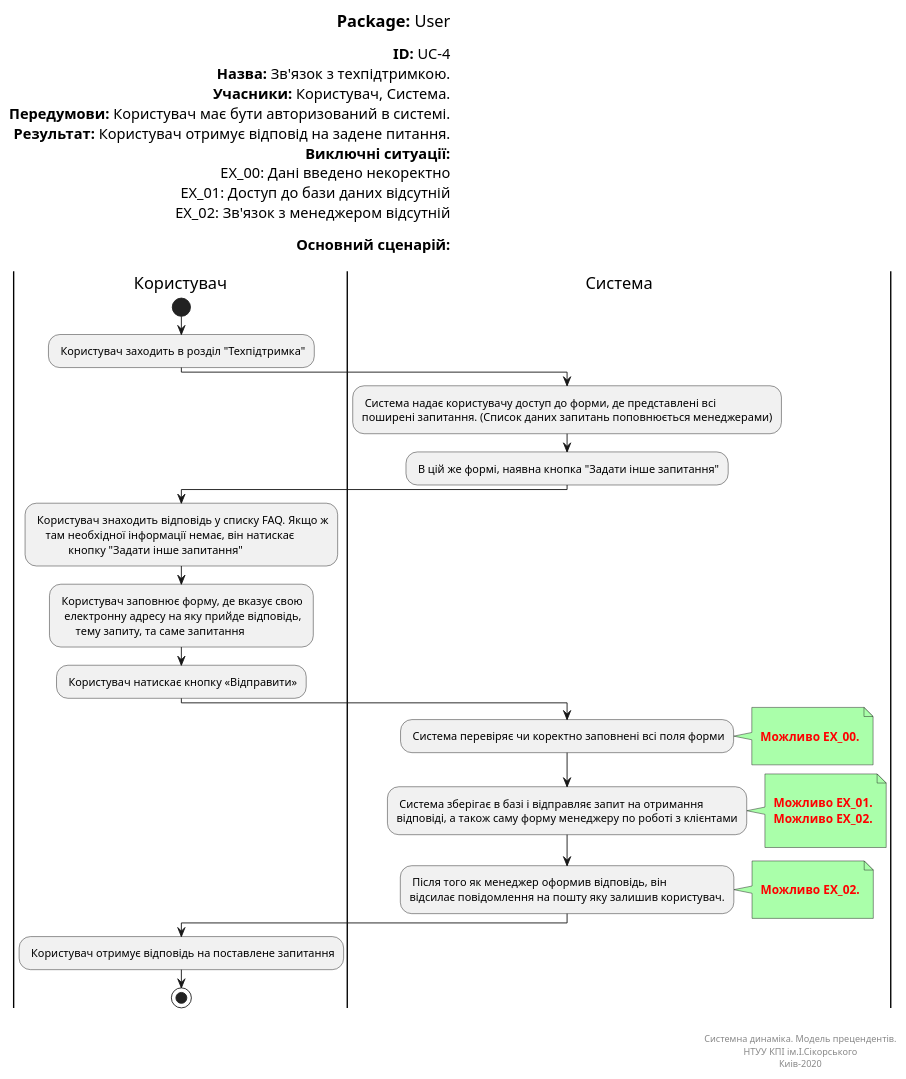
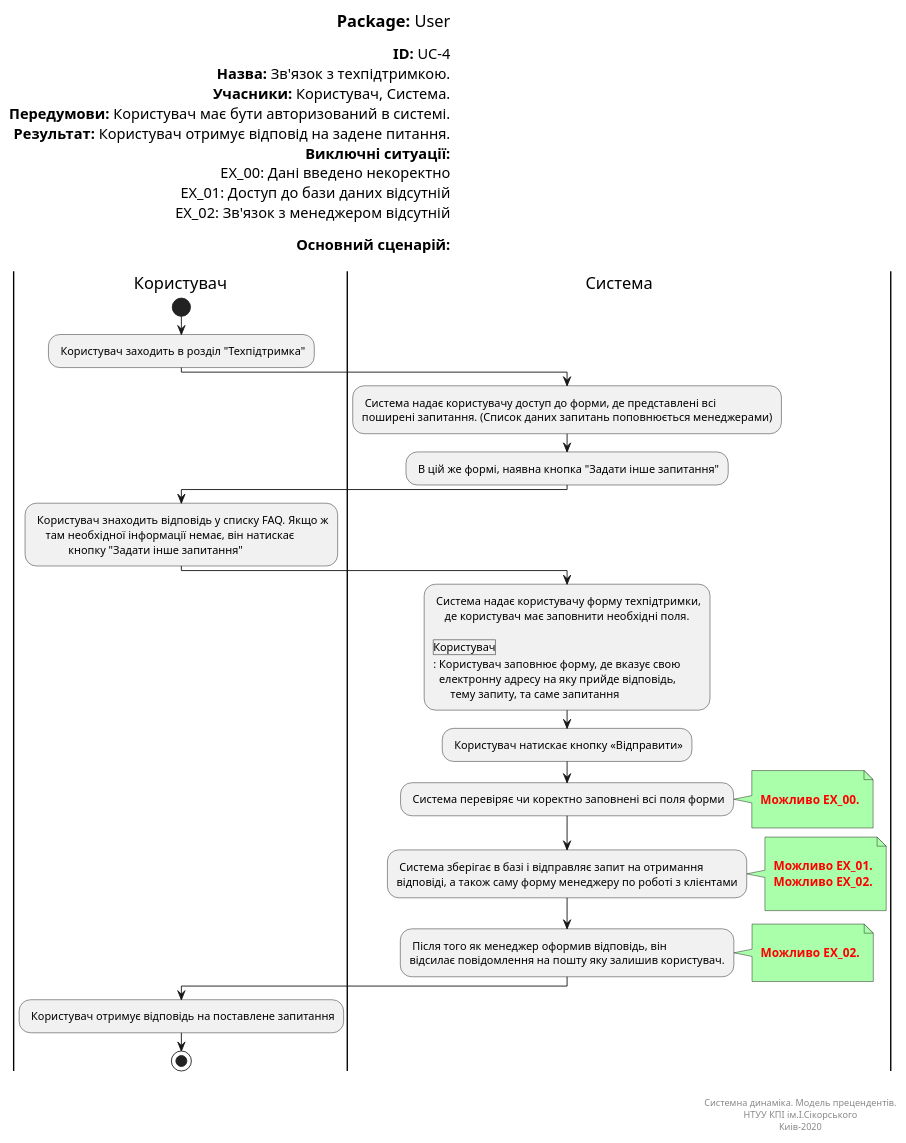
The diagram in Doc/UMLDiagrams/scenarios/user/Diagrams/UML/UC4.pu (ip-85/System-Dynamics), drawn with PlantUML before and after one commit.

```diff
--- a/Doc/UMLDiagrams/scenarios/user/Diagrams/UML/UC4.pu
+++ b/Doc/UMLDiagrams/scenarios/user/Diagrams/UML/UC4.pu
@@ -1,81 +1,86 @@
 @startuml userTechSupport
 left header
 <font color=000 size=18><b>Package:</b> User
 
 <font color=000 size=16><b>ID:</b> UC-4
 <font color=000 size=16><b>Назва:</b> Зв'язок з техпідтримкою.
 <font color=000 size=16><b>Учасники:</b> Користувач, Система.
 <font color=000 size=16><b>Передумови:</b> Користувач має бути авторизований в системі.
 <font color=000 size=16><b>Результат:</b> Користувач отримує відповід на задене питання. 
 <font color=000 size=16><b>Виключні ситуації:</b>
 <font color=000 size=16> EX_00: Дані введено некоректно
 <font color=000 size=16> EX_01: Доступ до бази даних відсутній
 <font color=000 size=16> EX_02: Зв'язок з менеджером відсутній
 
 <font color=000 size=16><b>Основний сценарій:</b>
 
 end header
 
 |Користувач|
 start
 : Користувач заходить в розділ "Техпідтримка";
 
 |Система|
 : Система надає користувачу доступ до форми, де представлені всі 
 поширені запитання. (Список даних запитань поповнюється менеджерами);
 
 : В цій же формі, наявна кнопка "Задати інше запитання";
 
 |Користувач|
 : Користувач знаходить відповідь у списку FAQ. Якщо ж 
     там необхідної інформації немає, він натискає 
             кнопку "Задати інше запитання";
 
+|Система|
+: Система надає користувачу форму техпідтримки, 
+    де користувач має заповнити необхідні поля.
+
+|Користувач|
 : Користувач заповнює форму, де вказує свою 
   електронну адресу на яку прийде відповідь, 
       тему запиту, та саме запитання;
       
 : Користувач натискає кнопку «Відправити»;
 
 |Система|
 
 : Система перевіряє чи коректно заповнені всі поля форми;
 note right #aaffaa
 
 <font color=red><b> Можливо EX_00.
 
 end note
 
 : Система зберігає в базі і відправляє запит на отримання 
 відповіді, а також саму форму менеджеру по роботі з клієнтами;
 
 note right #aaffaa
 
 <font color=red><b> Можливо EX_01.
 <font color=red><b> Можливо EX_02.
 
 end note
 
 : Після того як менеджер оформив відповідь, він 
 відсилає повідомлення на пошту яку залишив користувач.;
 note right #aaffaa
 
 <font color=red><b> Можливо EX_02.
 
 end note
 
 |Користувач|
 
 : Користувач отримує відповідь на поставлене запитання;
 
 stop;
 
 right footer
 
 
 Системна динаміка. Модель прецендентів.
 НТУУ КПІ ім.І.Сікорського
 Киів-2020
 end footer
 
 @enduml
```
